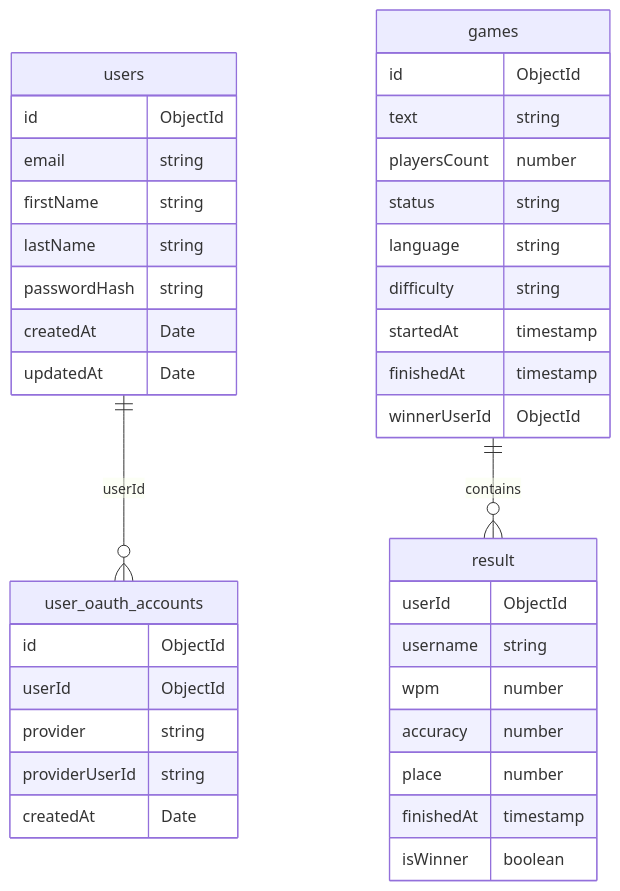
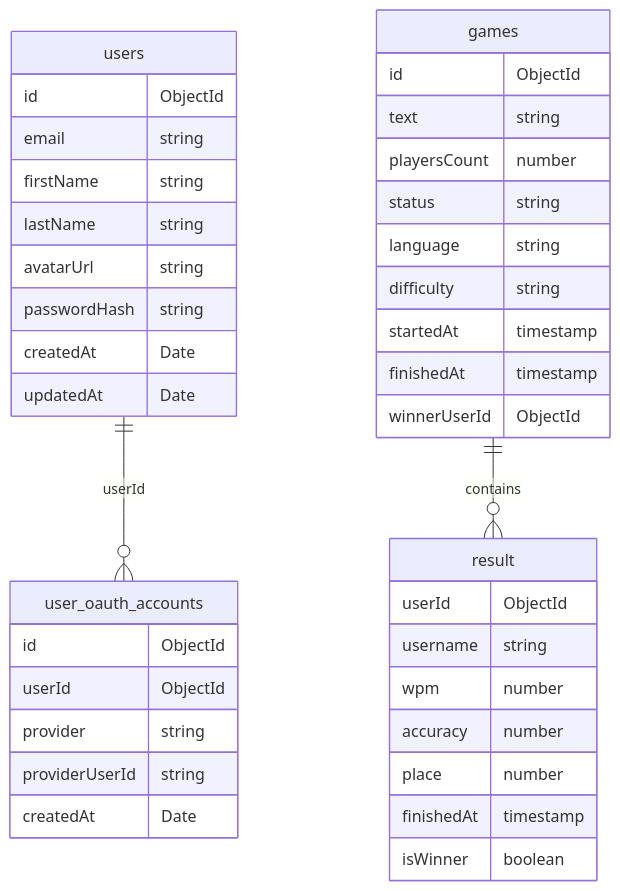
One commit to Icerock10/typing-race changed the diagram in README.md. Above: the diagram before and after it, drawn with Mermaid. The commit also changed 7 other files, not shown here.

Commit message:
feat: + avatarUrl to users model, updated readme tr-5

````diff
--- a/README.md
+++ b/README.md
@@ -34,42 +34,43 @@
 ```mermaid
 erDiagram
     users ||--o{ user_oauth_accounts : userId
     games ||--o{ result : contains
 
     users {
         id ObjectId
         email string
         firstName string
         lastName string
+        avatarUrl string
         passwordHash string
         createdAt Date
         updatedAt Date
     }
     user_oauth_accounts {
         id ObjectId
         userId ObjectId
         provider string
         providerUserId string
         createdAt Date
     }
     games {
         id ObjectId
         text string
         playersCount number
         status string
         language string
         difficulty string
         startedAt timestamp
         finishedAt timestamp
         winnerUserId ObjectId
     }
     result {
         userId ObjectId
         username string
         wpm number
         accuracy number
         place number
         finishedAt timestamp
         isWinner boolean
     }
 ```
````
